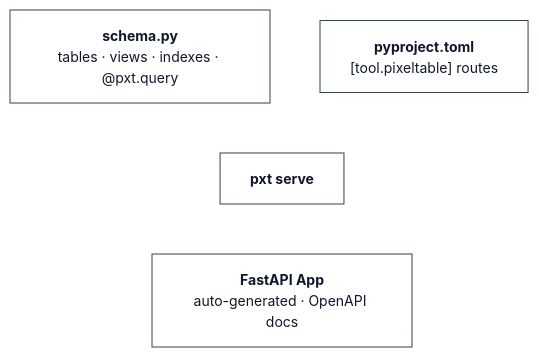
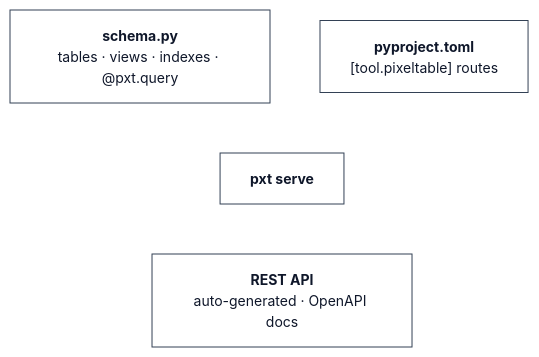
One commit to pixeltable/pixeltable-app-template changed the third of 3 diagrams in README.md. Above: the diagram before and after it, drawn with Mermaid. The commit also changed other lines of this file, not shown here.

First line of the commit message:
docs: restructure README — lead with pattern choice, not FastAPI

````diff
--- a/README.md
+++ b/README.md
@@ -62,12 +307,12 @@
 ```mermaid
 %%{init: {'theme': 'base', 'themeVariables': {'primaryColor': '#ffffff', 'primaryTextColor': '#0f172a', 'primaryBorderColor': '#334155', 'lineColor': '#ffffff', 'arrowheadColor': '#ffffff', 'secondaryColor': '#f8fafc', 'tertiaryColor': '#f1f5f9', 'clusterBkg': '#f8fafc', 'clusterBorder': '#94a3b8', 'fontSize': '14px'}}}%%
 graph TD
     Schema["<b>schema.py</b><br/>tables · views · indexes · @pxt.query"]
     TOML["<b>pyproject.toml</b><br/>[tool.pixeltable] routes"]
     Serve["<b>pxt serve</b>"]
-    API["<b>FastAPI App</b><br/>auto-generated · OpenAPI docs"]
+    API["<b>REST API</b><br/>auto-generated · OpenAPI docs"]
 
     Schema --> Serve
     TOML --> Serve
     Serve --> API
 ```
````
